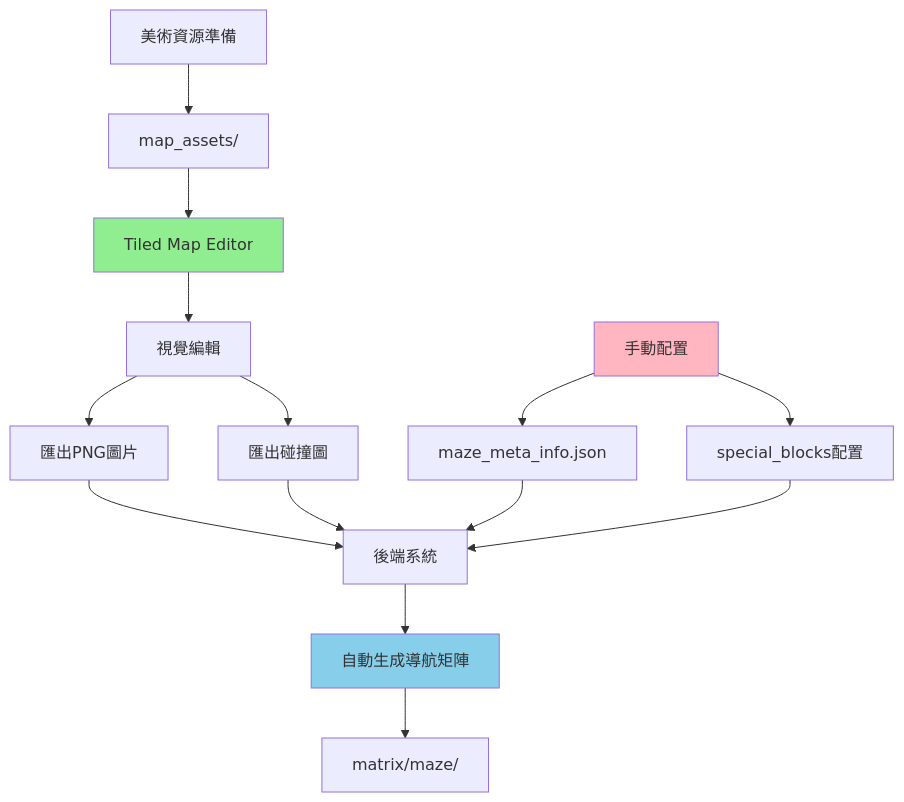
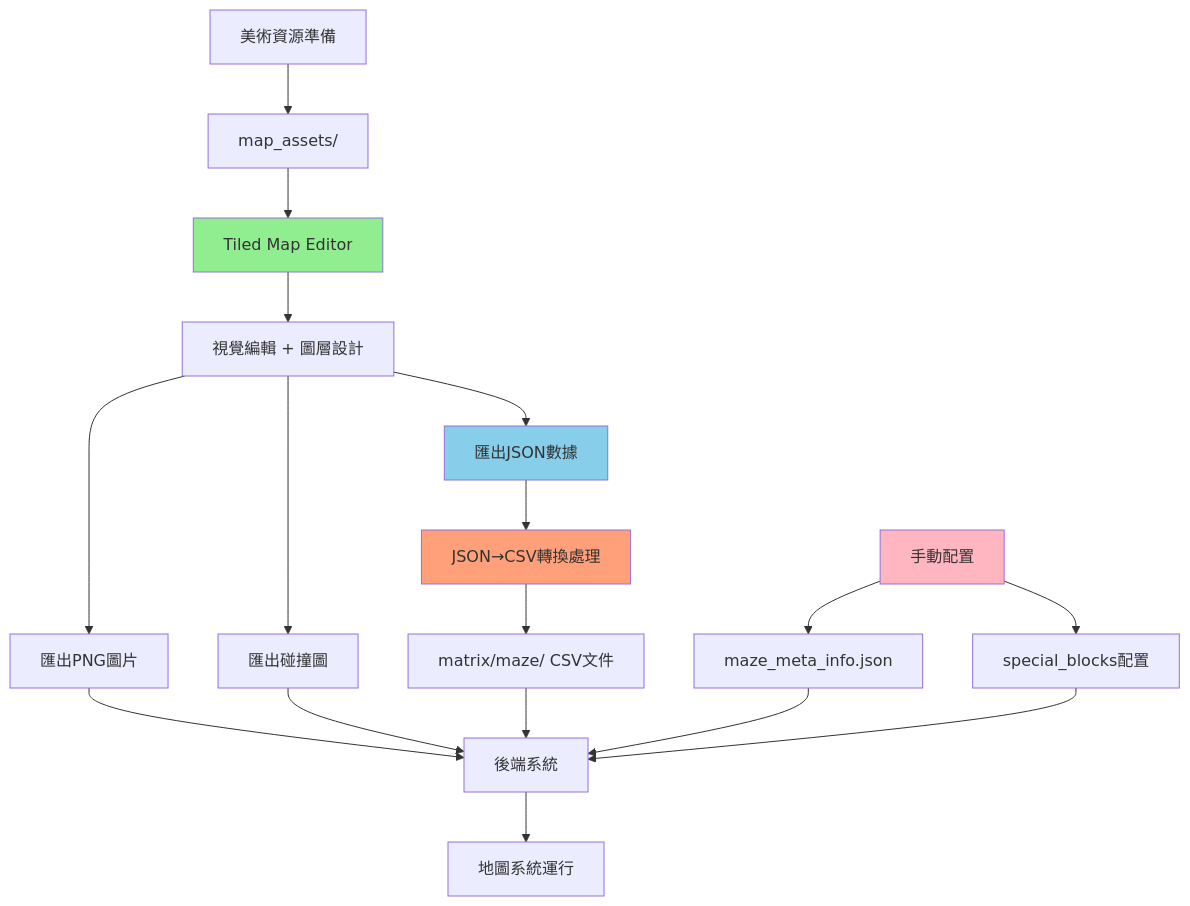
Before and after one commit to chrisw225/generative-agents: the diagram in user-guide/map-data-sources.md, drawn with Mermaid. The commit also changed other lines of this file and 3 other files, not shown here.

````diff
--- a/user-guide/map-data-sources.md
+++ b/user-guide/map-data-sources.md
@@ -24,23 +35,28 @@
 ```mermaid
 graph TD
     A[美術資源準備] --> B[map_assets/]
     B --> C[Tiled Map Editor]
-    C --> D[視覺編輯]
+    C --> D[視覺編輯 + 圖層設計]
     D --> E[匯出PNG圖片]
     D --> F[匯出碰撞圖]
+    D --> G[匯出JSON數據]
     
-    G[手動配置] --> H[maze_meta_info.json]
-    G --> I[special_blocks配置]
+    H[手動配置] --> I[maze_meta_info.json]
+    H --> J[special_blocks配置]
     
-    E --> J[後端系統]
-    F --> J
-    H --> J
-    I --> J
+    G --> K[JSON→CSV轉換處理]
+    K --> L[matrix/maze/ CSV文件]
     
-    J --> K[自動生成導航矩陣]
-    K --> L[matrix/maze/]
+    E --> M[後端系統]
+    F --> M
+    L --> M
+    I --> M
+    J --> M
+    
+    M --> N[地圖系統運行]
     
     style C fill:#90EE90
-    style G fill:#FFB6C1
-    style K fill:#87CEEB
+    style H fill:#FFB6C1
+    style K fill:#FFA07A
+    style G fill:#87CEEB
 ```
````
